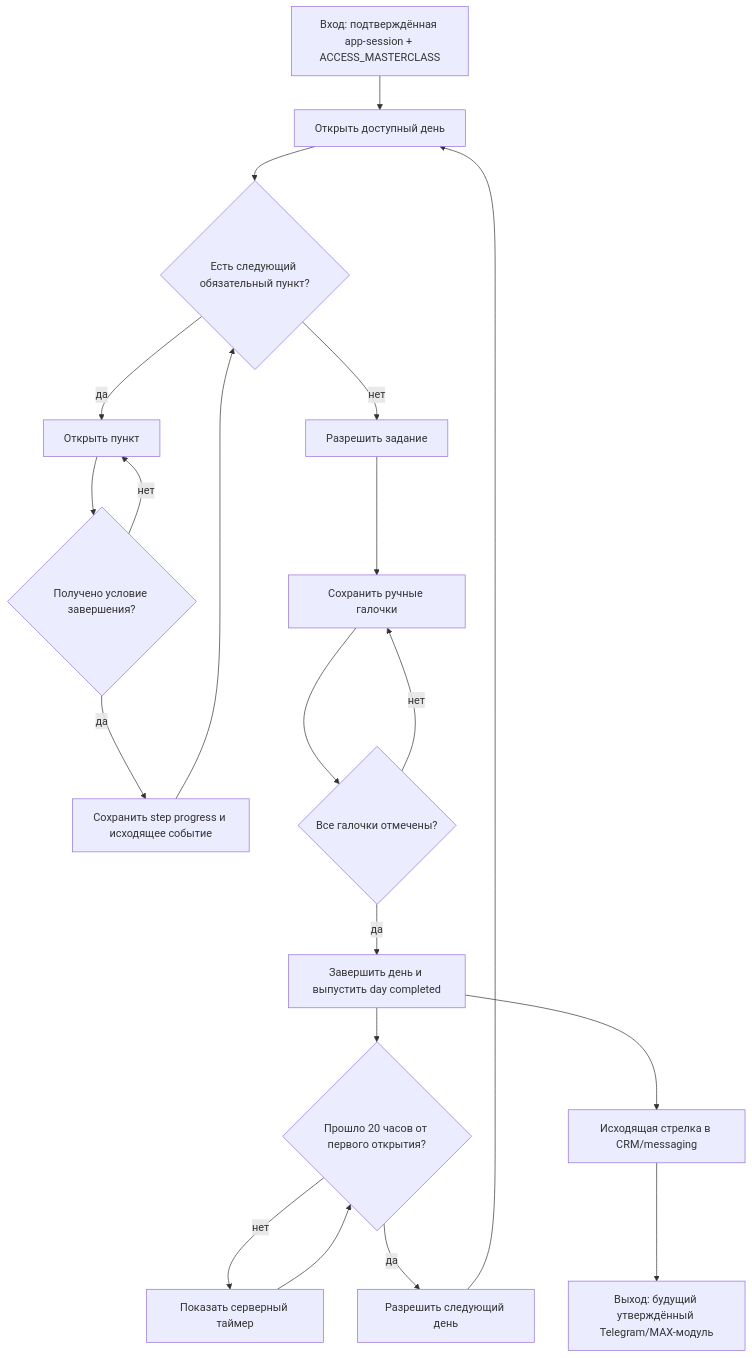
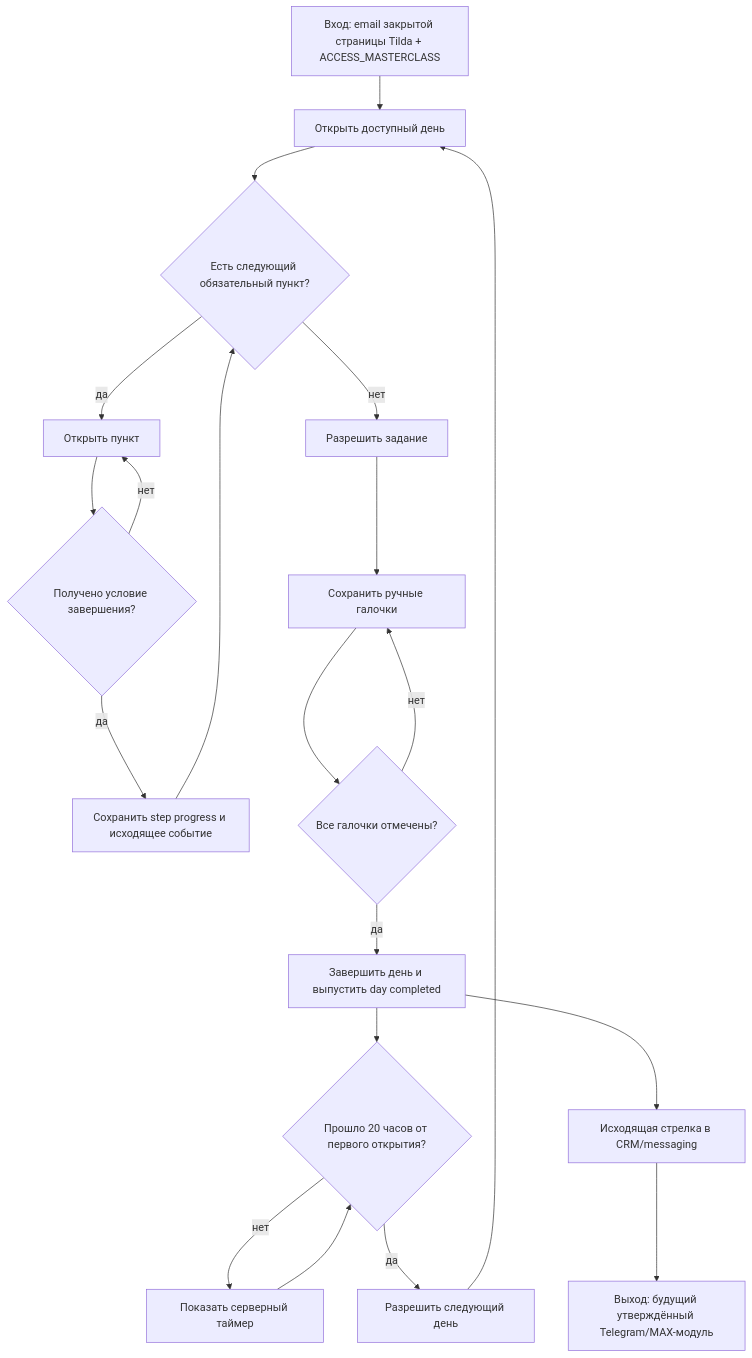
The diagram in docs/knowledge-base/modules/masterclass/COURSE_RUNTIME.md (armagedongt/edabalans.ru), drawn with Mermaid before and after one commit. The commit also changed other lines of this file and 32 other files, not shown here.

````diff
--- a/docs/knowledge-base/modules/masterclass/COURSE_RUNTIME.md
+++ b/docs/knowledge-base/modules/masterclass/COURSE_RUNTIME.md
@@ -105,22 +114,22 @@
 ```mermaid
 flowchart TD
-    A[Вход: подтверждённая app-session + ACCESS_MASTERCLASS] --> B[Открыть доступный день]
+    A[Вход: email закрытой страницы Tilda + ACCESS_MASTERCLASS] --> B[Открыть доступный день]
     B --> C{Есть следующий обязательный пункт?}
     C -- да --> D[Открыть пункт]
     D --> E{Получено условие завершения?}
     E -- нет --> D
     E -- да --> F[Сохранить step progress и исходящее событие]
     F --> C
     C -- нет --> G[Разрешить задание]
     G --> H[Сохранить ручные галочки]
     H --> I{Все галочки отмечены?}
     I -- нет --> H
     I -- да --> J[Завершить день и выпустить day completed]
     J --> K{Прошло 20 часов от первого открытия?}
     K -- нет --> L[Показать серверный таймер]
     L --> K
     K -- да --> M[Разрешить следующий день]
     M --> B
     J --> N[Исходящая стрелка в CRM/messaging]
     N --> O[Выход: будущий утверждённый Telegram/MAX-модуль]
 ```
````
